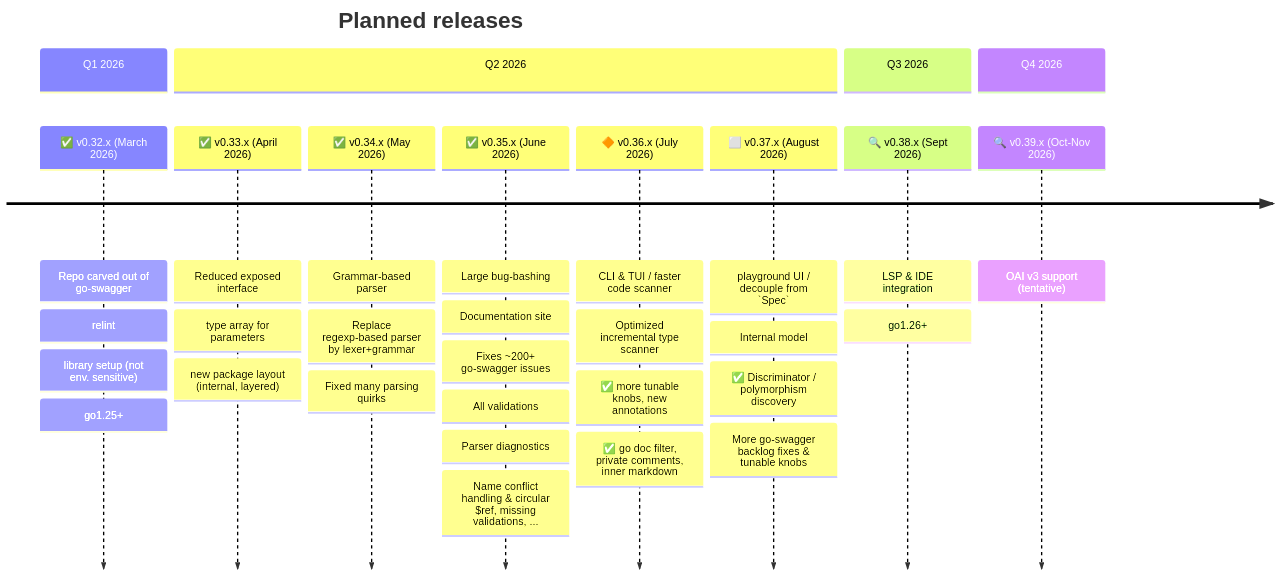
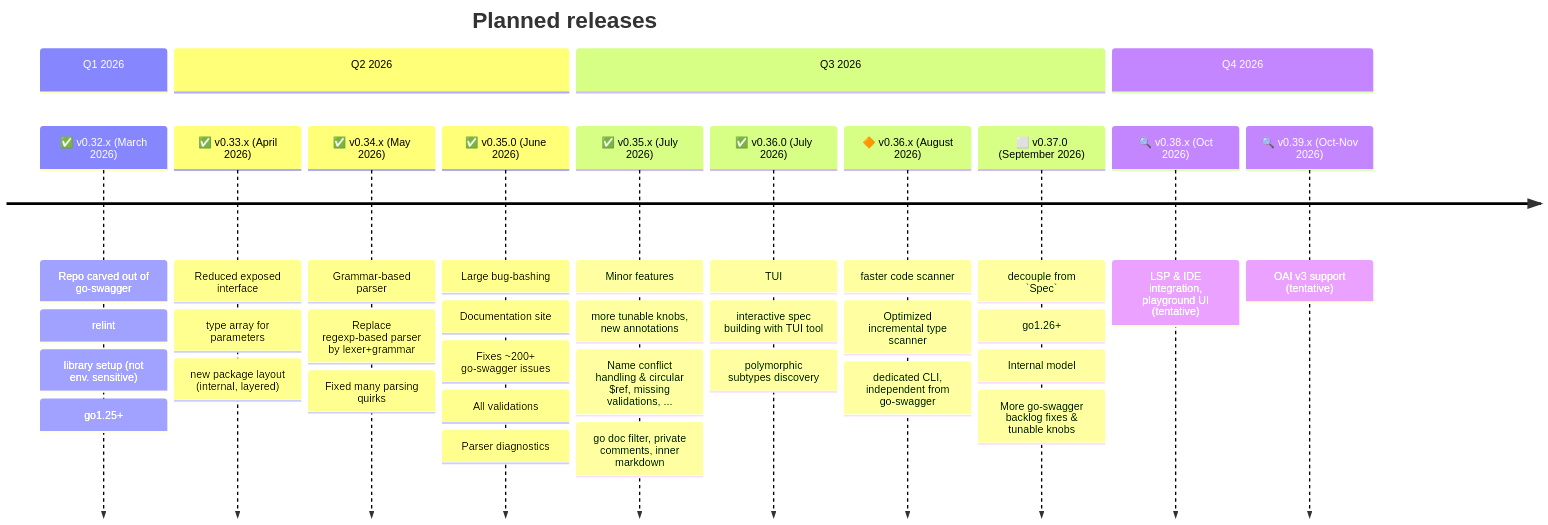
One commit to go-openapi/codescan changed the diagram in docs/doc-site/maintainers/ROADMAP.md. Above: the diagram before and after it, drawn with Mermaid.

Commit message:
doc: updated roadmap (#66)

```diff
--- a/docs/doc-site/maintainers/ROADMAP.md
+++ b/docs/doc-site/maintainers/ROADMAP.md
@@ -9,35 +9,39 @@
 {{< mermaid align="center" zoom="true" >}}
 timeline
     title Planned releases
     section Q1 2026
     ✅ v0.32.x (March 2026) : Repo carved out of go-swagger
                     : relint
                     : library setup (not env. sensitive)
                     : go1.25+
     section Q2 2026
     ✅ v0.33.x (April 2026) : Reduced exposed interface
                     : type array for parameters
                     : new package layout (internal, layered)
     ✅ v0.34.x (May 2026) : Grammar-based parser
                     : Replace regexp-based parser by lexer+grammar
                     : Fixed many parsing quirks
-    ✅ v0.35.x (June 2026) : Large bug-bashing
+    ✅ v0.35.0 (June 2026) : Large bug-bashing
                     : Documentation site
                     : Fixes ~200+ go-swagger issues
                     : All validations
                     : Parser diagnostics
+    section Q3 2026
+    ✅ v0.35.x (July 2026) : Minor features
+                    : more tunable knobs, new annotations
                     : Name conflict handling & circular $ref, missing validations, ... 
-    🔶 v0.36.x (July 2026) : CLI & TUI / faster code scanner
+                    : go doc filter, private comments, inner markdown
+    ✅ v0.36.0 (July 2026) : TUI
+                    : interactive spec building with TUI tool
+                    : polymorphic subtypes discovery
+    🔶 v0.36.x (August 2026) : faster code scanner
                     : Optimized incremental type scanner
-                    : ✅ more tunable knobs, new annotations
-                    : ✅ go doc filter, private comments, inner markdown
-    ⬜ v0.37.x (August 2026) : playground UI / decouple from `Spec`
+                    : dedicated CLI, independent from go-swagger
+    ⬜ v0.37.0 (September 2026) : decouple from `Spec`
+                    : go1.26+
                     : Internal model
-                    : ✅ Discriminator / polymorphism discovery
                     : More go-swagger backlog fixes & tunable knobs
-    section Q3 2026
-    🔍 v0.38.x (Sept 2026) : LSP & IDE integration
-                    : go1.26+
     section Q4 2026
+    🔍 v0.38.x (Oct 2026) : LSP & IDE integration, playground UI (tentative)
     🔍 v0.39.x (Oct-Nov 2026) : OAI v3 support (tentative)
 {{< /mermaid >}}
```
